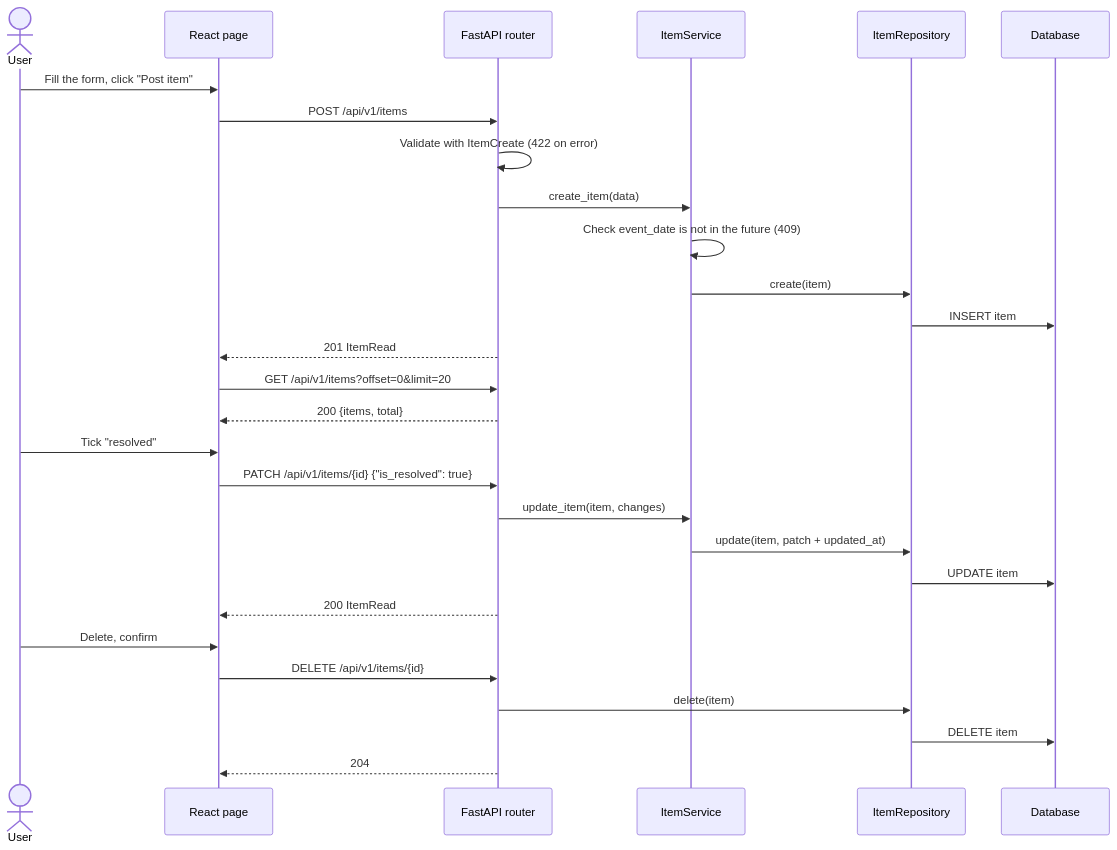
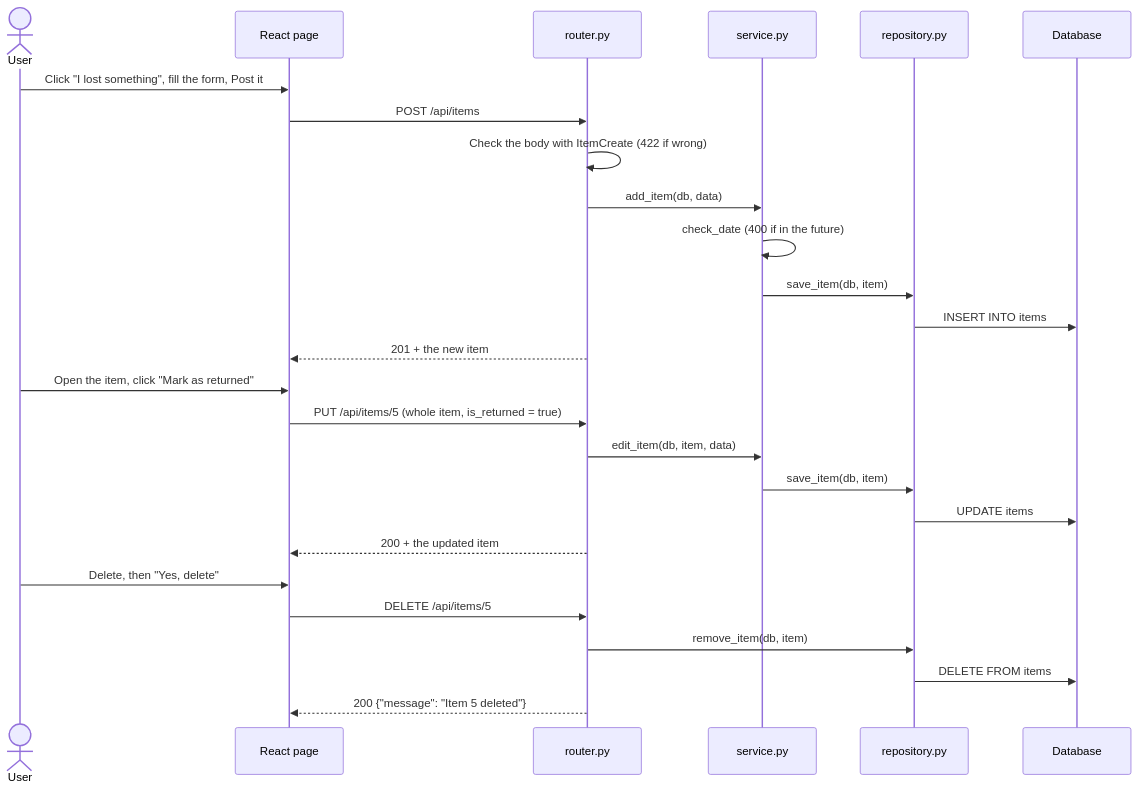
The second of 6 diagrams in docs/03-tdd.md (Rifat-stack/2311188_LostSpot), drawn with Mermaid before and after one commit. The commit also changed other lines of this file and 44 other files, not shown here.

````diff
--- a/docs/03-tdd.md
+++ b/docs/03-tdd.md
@@ -60,30 +60,28 @@
 ```mermaid
 sequenceDiagram
     actor U as User
     participant UI as React page
-    participant API as FastAPI router
-    participant S as ItemService
-    participant R as ItemRepository
+    participant API as router.py
+    participant S as service.py
+    participant R as repository.py
     participant DB as Database
-    U->>UI: Fill the form, click "Post item"
-    UI->>API: POST /api/v1/items
-    API->>API: Validate with ItemCreate (422 on error)
-    API->>S: create_item(data)
-    S->>S: Check event_date is not in the future (409)
-    S->>R: create(item)
-    R->>DB: INSERT item
-    API-->>UI: 201 ItemRead
-    UI->>API: GET /api/v1/items?offset=0&limit=20
-    API-->>UI: 200 {items, total}
-    U->>UI: Tick "resolved"
-    UI->>API: PATCH /api/v1/items/{id} {"is_resolved": true}
-    API->>S: update_item(item, changes)
-    S->>R: update(item, patch + updated_at)
-    R->>DB: UPDATE item
-    API-->>UI: 200 ItemRead
-    U->>UI: Delete, confirm
-    UI->>API: DELETE /api/v1/items/{id}
-    API->>R: delete(item)
-    R->>DB: DELETE item
-    API-->>UI: 204
+    U->>UI: Click "I lost something", fill the form, Post it
+    UI->>API: POST /api/items
+    API->>API: Check the body with ItemCreate (422 if wrong)
+    API->>S: add_item(db, data)
+    S->>S: check_date (400 if in the future)
+    S->>R: save_item(db, item)
+    R->>DB: INSERT INTO items
+    API-->>UI: 201 + the new item
+    U->>UI: Open the item, click "Mark as returned"
+    UI->>API: PUT /api/items/5 (whole item, is_returned = true)
+    API->>S: edit_item(db, item, data)
+    S->>R: save_item(db, item)
+    R->>DB: UPDATE items
+    API-->>UI: 200 + the updated item
+    U->>UI: Delete, then "Yes, delete"
+    UI->>API: DELETE /api/items/5
+    API->>R: remove_item(db, item)
+    R->>DB: DELETE FROM items
+    API-->>UI: 200 {"message": "Item 5 deleted"}
 ```
````
